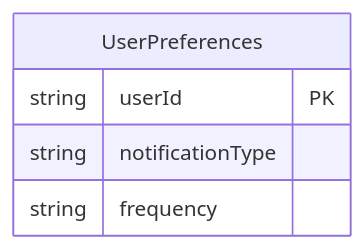
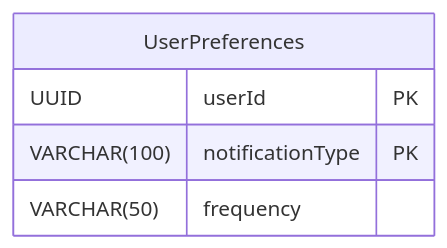
Before and after one commit to rasmusulriksen/BachelorsProject: the fourth of 4 diagrams in Diagrams/ERDiagrams.md, drawn with Mermaid. The commit also changed other lines of this file, not shown here.

Commit message:
ER diagrams now talk PostgreSQL

````diff
--- a/Diagrams/ERDiagrams.md
+++ b/Diagrams/ERDiagrams.md
@@ -85,9 +85,9 @@
 ```mermaid
 erDiagram
 
     UserPreferences {
-        string userId PK
-        string notificationType
-        string frequency
+        UUID userId PK
+        VARCHAR(100) notificationType PK
+        VARCHAR(50) frequency
     }
 ```
````
